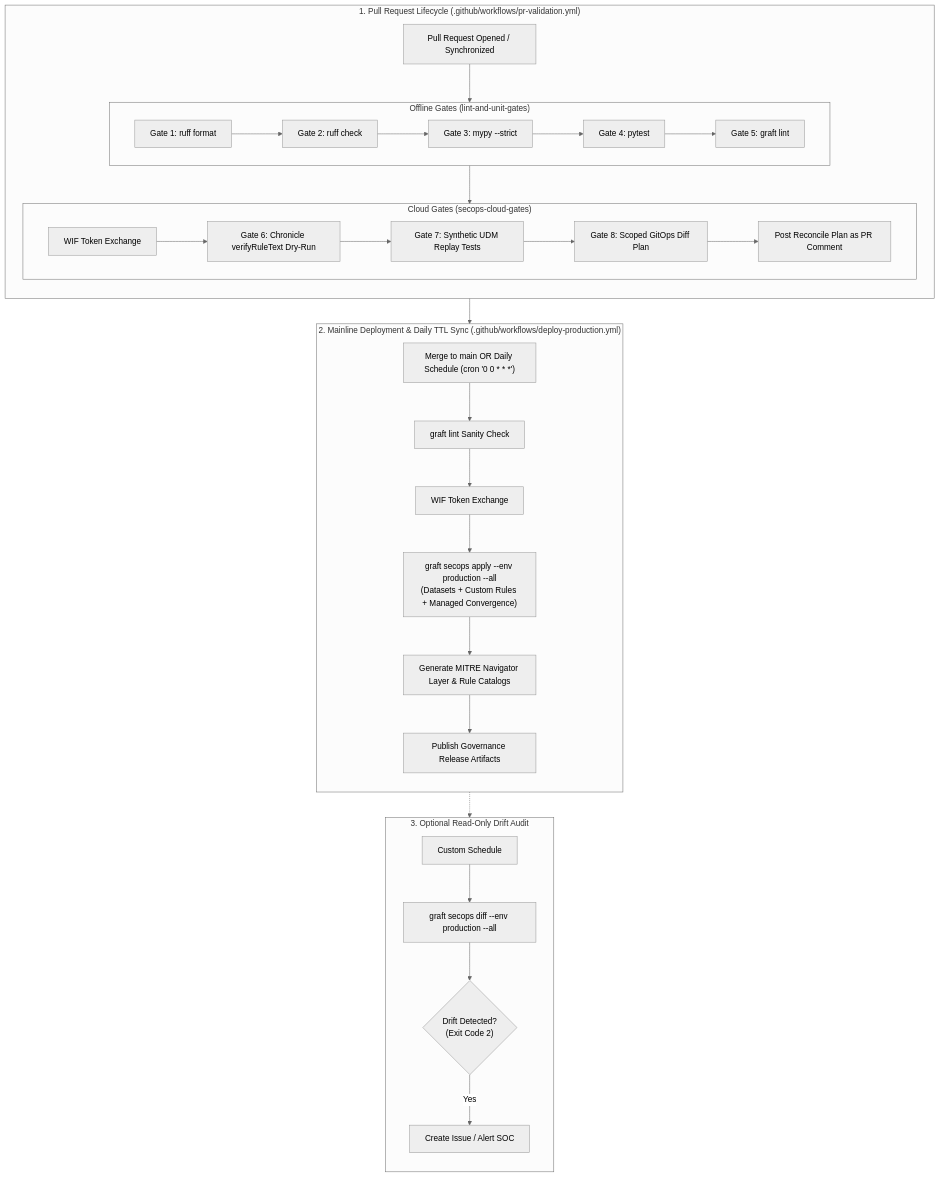
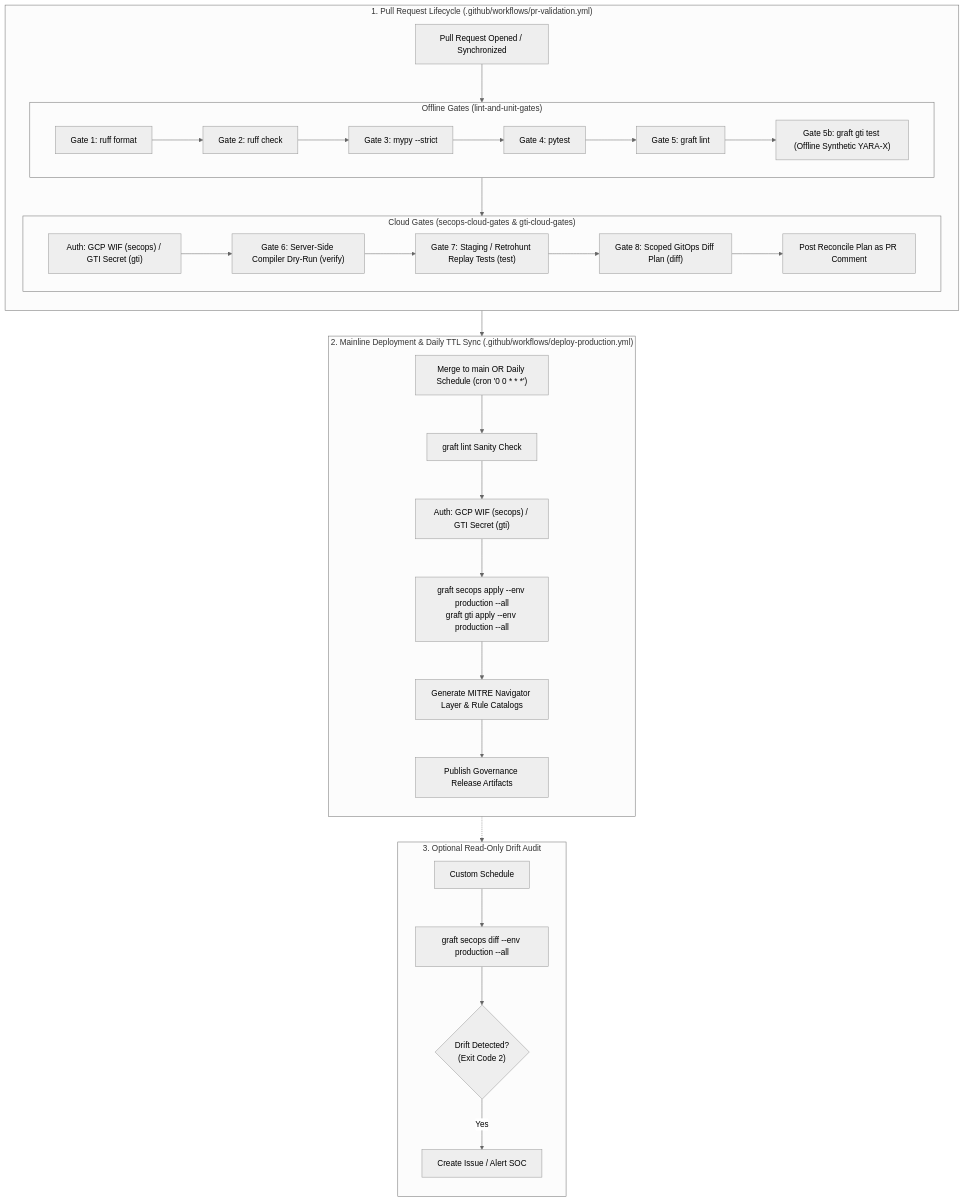
Before and after one commit to lopes/graft: the diagram in docs/operators/cicd_and_infrastructure.md, drawn with Mermaid (neutral theme). The commit also changed other lines of this file and 71 other files, not shown here.

First line of the commit message:
core,gti: decouple base deployment config and add Google Threat Intelligence engine adapter (#57)

````diff
--- a/docs/operators/cicd_and_infrastructure.md
+++ b/docs/operators/cicd_and_infrastructure.md
@@ -13,54 +13,55 @@
 ```mermaid
 flowchart TD
     subgraph PR["1. Pull Request Lifecycle (.github/workflows/pr-validation.yml)"]
         direction TB
         PR_OPEN["Pull Request Opened / Synchronized"]
         
         subgraph OFFLINE["Offline Gates (lint-and-unit-gates)"]
             G1["Gate 1: ruff format"]
             G2["Gate 2: ruff check"]
             G3["Gate 3: mypy --strict"]
             G4["Gate 4: pytest"]
             G5["Gate 5: graft lint"]
-            G1 --> G2 --> G3 --> G4 --> G5
+            G5B["Gate 5b: graft gti test (Offline Synthetic YARA-X)"]
+            G1 --> G2 --> G3 --> G4 --> G5 --> G5B
         end
 
-        subgraph CLOUD["Cloud Gates (secops-cloud-gates)"]
-            WIF_PR["WIF Token Exchange"]
-            G6["Gate 6: Chronicle verifyRuleText Dry-Run"]
-            G7["Gate 7: Synthetic UDM Replay Tests"]
-            G8["Gate 8: Scoped GitOps Diff Plan"]
+        subgraph CLOUD["Cloud Gates (secops-cloud-gates &amp; gti-cloud-gates)"]
+            WIF_PR["Auth: GCP WIF (secops) / GTI Secret (gti)"]
+            G6["Gate 6: Server-Side Compiler Dry-Run (verify)"]
+            G7["Gate 7: Staging / Retrohunt Replay Tests (test)"]
+            G8["Gate 8: Scoped GitOps Diff Plan (diff)"]
             COMMENT["Post Reconcile Plan as PR Comment"]
             WIF_PR --> G6 --> G7 --> G8 --> COMMENT
         end
 
         PR_OPEN --> OFFLINE
         OFFLINE --> CLOUD
     end
 
-    subgraph PROD["2. Mainline Deployment & Daily TTL Sync (.github/workflows/deploy-production.yml)"]
+    subgraph PROD["2. Mainline Deployment &amp; Daily TTL Sync (.github/workflows/deploy-production.yml)"]
         direction TB
         MERGE["Merge to main OR Daily Schedule (cron '0 0 * * *')"]
         LINT_SANITY["graft lint Sanity Check"]
-        WIF_PROD["WIF Token Exchange"]
-        APPLY_ALL["graft secops apply --env production --all<br/>(Datasets + Custom Rules + Managed Convergence)"]
-        EXPORTS["Generate MITRE Navigator Layer & Rule Catalogs"]
+        WIF_PROD["Auth: GCP WIF (secops) / GTI Secret (gti)"]
+        APPLY_ALL["graft secops apply --env production --all<br/>graft gti apply --env production --all"]
+        EXPORTS["Generate MITRE Navigator Layer &amp; Rule Catalogs"]
         ARTIFACTS["Publish Governance Release Artifacts"]
         
         MERGE --> LINT_SANITY --> WIF_PROD --> APPLY_ALL --> EXPORTS --> ARTIFACTS
     end
 
     subgraph CRON["3. Optional Read-Only Drift Audit"]
         direction TB
         TIMER["Custom Schedule"]
         DIFF_ALL["graft secops diff --env production --all"]
         ALERT{"Drift Detected?<br/>(Exit Code 2)"}
         REPORT["Create Issue / Alert SOC"]
         
         TIMER --> DIFF_ALL --> ALERT
         ALERT -- Yes --> REPORT
     end
 
     PR --> PROD
     PROD -.-> CRON
 ```
````
